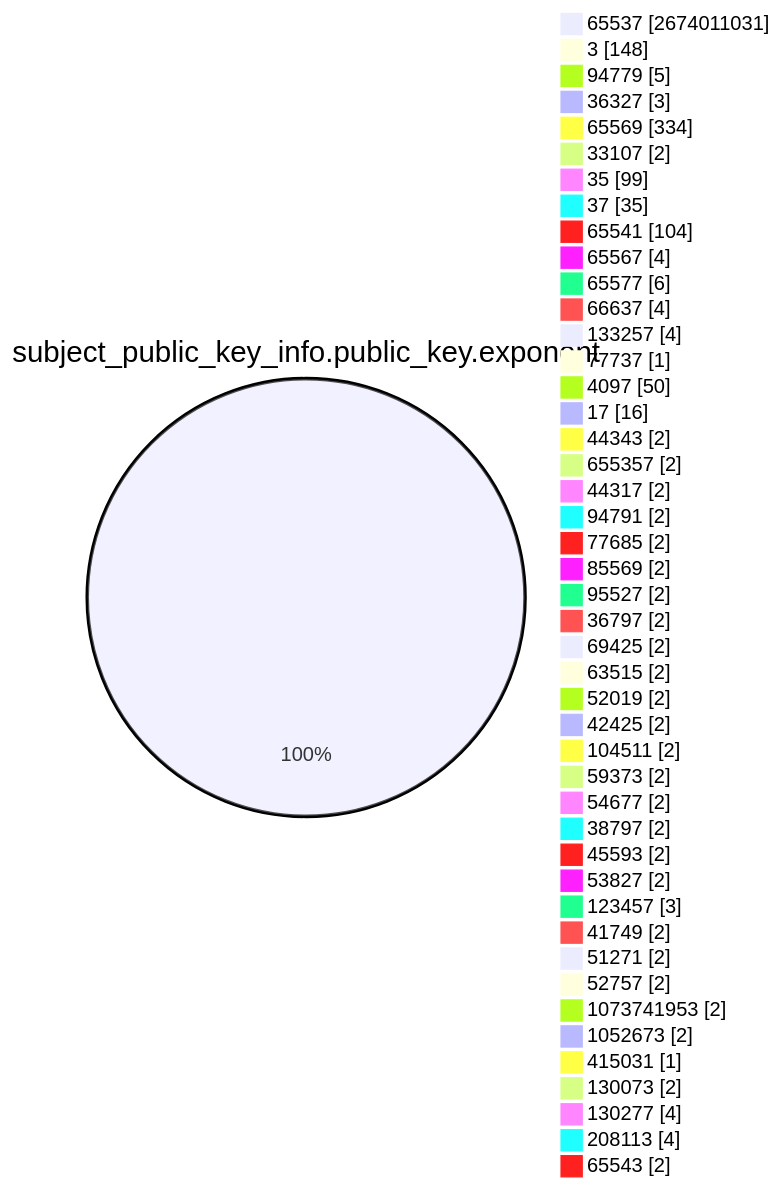
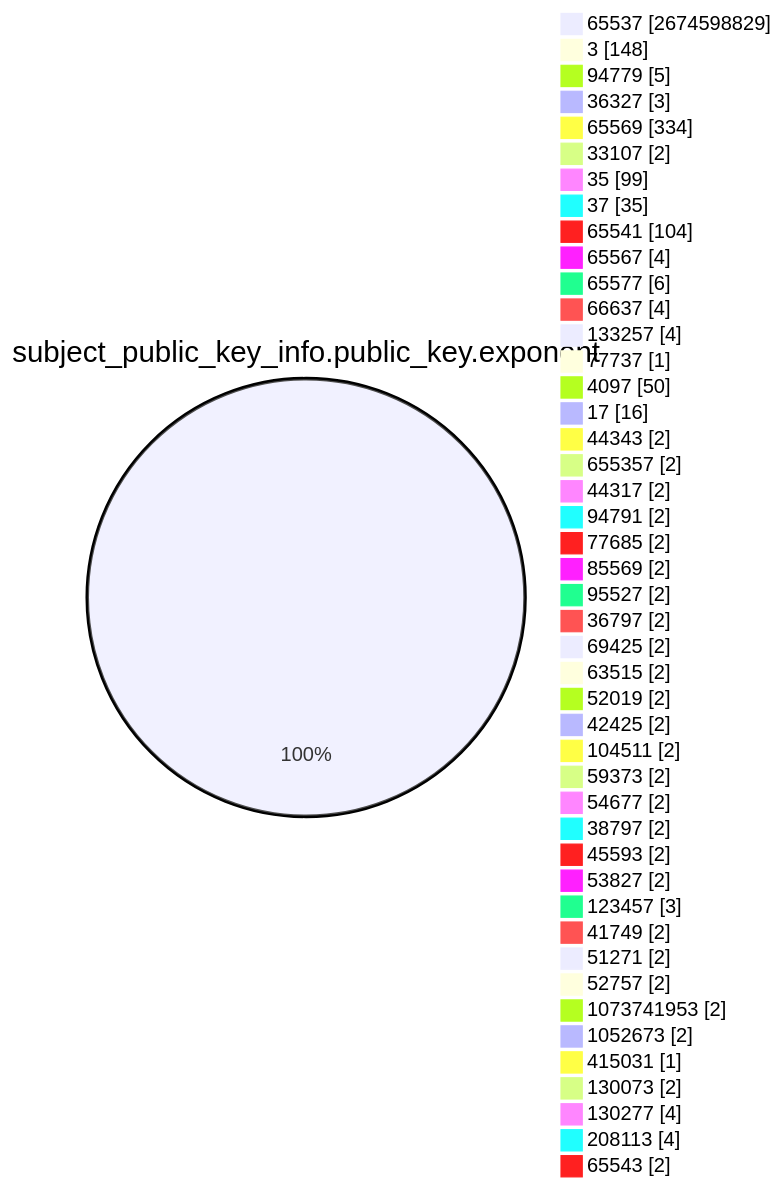
The fourth of 15 diagrams in TOTAL/README.md (christiankrug/ctmonitor_visualization), drawn with Mermaid before and after one commit. The commit also changed other lines of this file, not shown here.

````diff
--- a/TOTAL/README.md
+++ b/TOTAL/README.md
@@ -1467,49 +1467,49 @@
 ```mermaid
 pie showData
 title subject_public_key_info.public_key.exponent
-"65537" :2674011031
+"65537" :2674598829
 "3" :148
 "94779" :5
 "36327" :3
 "65569" :334
 "33107" :2
 "35" :99
 "37" :35
 "65541" :104
 "65567" :4
 "65577" :6
 "66637" :4
 "133257" :4
 "77737" :1
 "4097" :50
 "17" :16
 "44343" :2
 "655357" :2
 "44317" :2
 "94791" :2
 "77685" :2
 "85569" :2
 "95527" :2
 "36797" :2
 "69425" :2
 "63515" :2
 "52019" :2
 "42425" :2
 "104511" :2
 "59373" :2
 "54677" :2
 "38797" :2
 "45593" :2
 "53827" :2
 "123457" :3
 "41749" :2
 "51271" :2
 "52757" :2
 "1073741953" :2
 "1052673" :2
 "415031" :1
 "130073" :2
 "130277" :4
 "208113" :4
 "65543" :2
 ```
````
